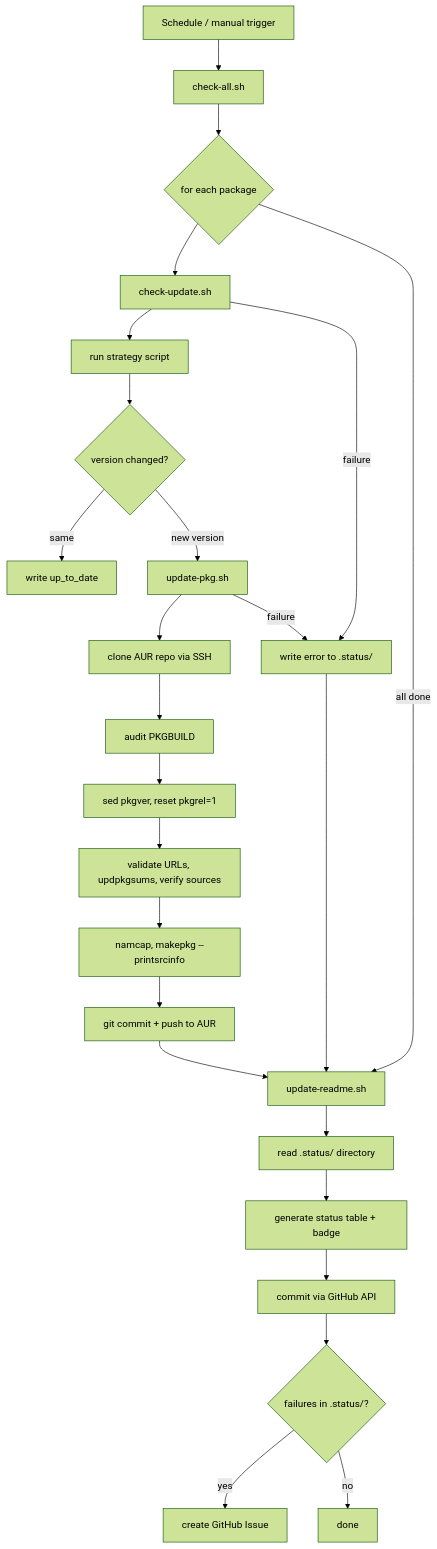
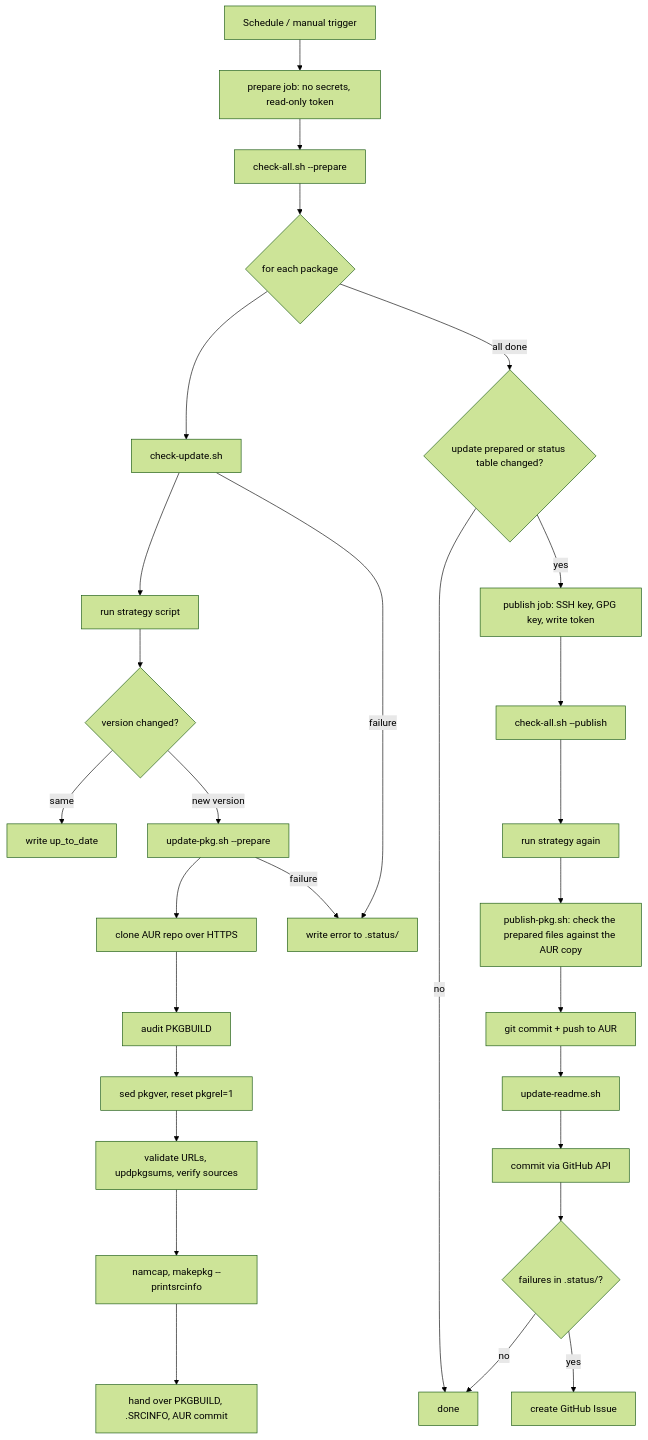
One commit to noctuum/sibyl changed the diagram in docs/WORKFLOW.md. Above: the diagram before and after it, drawn with Mermaid (forest theme). The commit also changed other lines of this file and 4 other files, not shown here.

First line of the commit message:
fix(workflow): run PKGBUILD code without secrets (#22)

````diff
--- a/docs/WORKFLOW.md
+++ b/docs/WORKFLOW.md
@@ -20,27 +20,31 @@
 ```mermaid
 flowchart TD
-    A[Schedule / manual trigger] --> B[check-all.sh]
+    A[Schedule / manual trigger] --> P[prepare job: no secrets, read-only token]
+    P --> B[check-all.sh --prepare]
     B --> C{for each package}
     C --> D[check-update.sh]
     D --> E[run strategy script]
     E --> F{version changed?}
     F -->|same| G[write up_to_date]
-    F -->|new version| H[update-pkg.sh]
-    H --> H1[clone AUR repo via SSH]
+    F -->|new version| H[update-pkg.sh --prepare]
+    H --> H1[clone AUR repo over HTTPS]
     H1 --> H2[audit PKGBUILD]
     H2 --> H3[sed pkgver, reset pkgrel=1]
     H3 --> H4[validate URLs, updpkgsums, verify sources]
     H4 --> H5[namcap, makepkg --printsrcinfo]
-    H5 --> H6[git commit + push to AUR]
-    H6 --> K
+    H5 --> H6[hand over PKGBUILD, .SRCINFO, AUR commit]
     H -->|failure| J[write error to .status/]
     D -->|failure| J
-    J --> K
-    C -->|all done| K[update-readme.sh]
-    K --> K1[read .status/ directory]
-    K1 --> K2[generate status table + badge]
-    K2 --> L[commit via GitHub API]
+    C -->|all done| W{update prepared or status table changed?}
+    W -->|no| O[done]
+    W -->|yes| Q[publish job: SSH key, GPG key, write token]
+    Q --> R[check-all.sh --publish]
+    R --> R1[run strategy again]
+    R1 --> R2[publish-pkg.sh: check the prepared files against the AUR copy]
+    R2 --> R3[git commit + push to AUR]
+    R3 --> K[update-readme.sh]
+    K --> L[commit via GitHub API]
     L --> M{failures in .status/?}
     M -->|yes| N[create GitHub Issue]
-    M -->|no| O[done]
+    M -->|no| O
 ```
````
